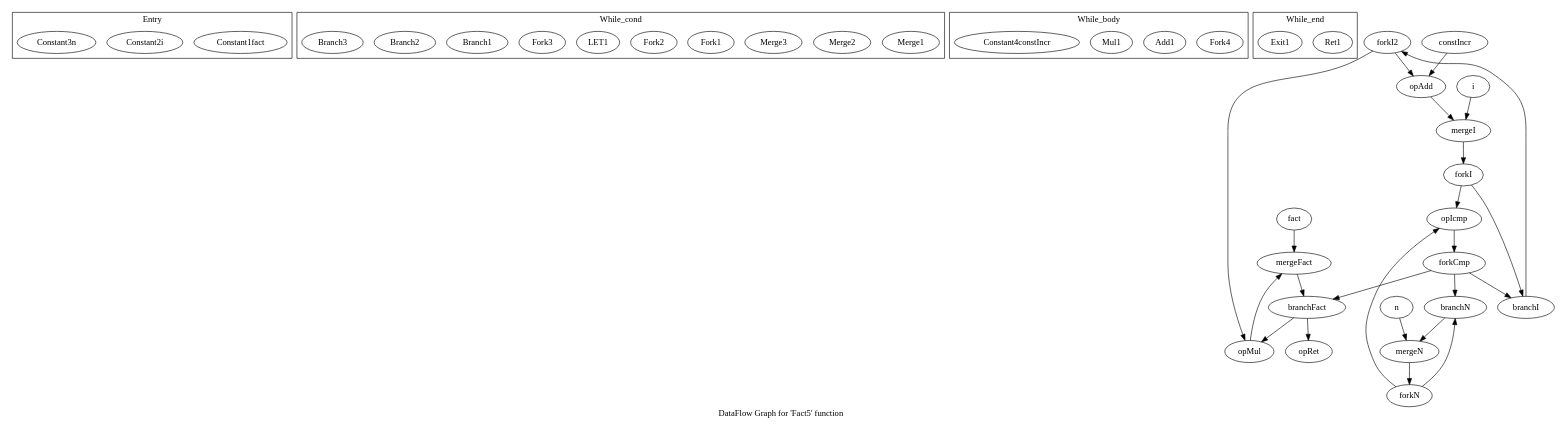
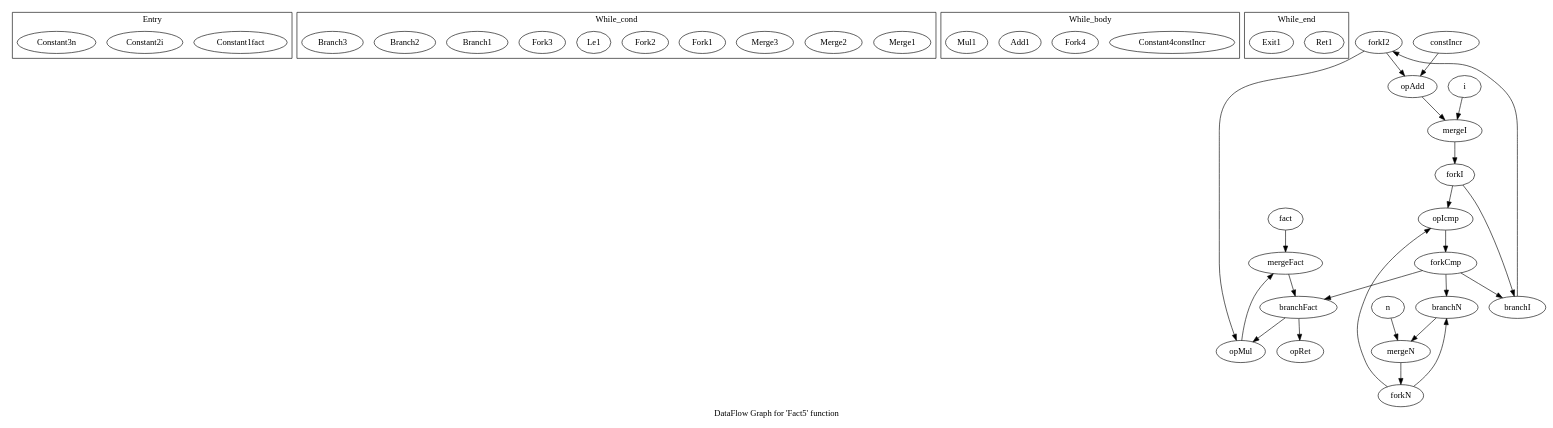
Before and after one commit to QuimMarset/TFG: the diagram in DOTGrafs/Fact5.dot, drawn with Graphviz. The commit also changed 11 other files, not shown here.

```diff
--- a/DOTGrafs/Fact5.dot
+++ b/DOTGrafs/Fact5.dot
@@ -1,60 +1,60 @@
 digraph "DataFlow Graph for 'Fact5' function" {
 	label="DataFlow Graph for 'Fact5' function";
 
 	subgraph cluster_Entry { 
-		Constant1fact[type = Constant, in = "inControl", out = "out", value = 1];
-		Constant2i[type = Constant, in = "inControl", out = "out", value = 2];
-		Constant3n[type = Constant, in = "inControl", out = "out", value = 5];
+		Constant1fact[type = Constant, in = "control", out = "out", value = 1];
+		Constant2i[type = Constant, in = "control", out = "out", value = 2];
+		Constant3n[type = Constant, in = "control", out = "out", value = 5];
 		label = "Entry"
 	}
 	subgraph cluster_While_cond { 
-		Merge1[type = Merge, channel_width = 2, in = "in1 in2", out = "out"];
-		Merge2[type = Merge, channel_width = 2, in = "in1 in2", out = "out"];
-		Merge3[type = Merge, channel_width = 2, in = "in1 in2", out = "out"];
-		Fork1[type = Fork, channel_width = 2, in = "in", out = "out1 out2"];
-		Fork2[type = Fork, channel_width = 2, in = "in", out = "out1 out2"];
-		LET1[type = Operator, in = "in1 in2", out = "out", op = leq, latency = 0, II = 0];
-		Fork3[type = Fork, channel_width = 3, in = "in", out = "out1 out2"];
-		Branch1[type = Branch, in = "in inCondition?:1", out = "outTrue+ outFalse-"];
-		Branch2[type = Branch, in = "in inCondition?:1", out = "outTrue+ outFalse-"];
-		Branch3[type = Branch, in = "in inCondition?:1", out = "outTrue+ outFalse-"];
+		Merge1[type = Merge, in = "in1 in2", out = "out"];
+		Merge2[type = Merge, in = "in1 in2", out = "out"];
+		Merge3[type = Merge, in = "in1 in2", out = "out"];
+		Fork1[type = Fork, in = "in", out = "out1 out2"];
+		Fork2[type = Fork, in = "in", out = "out1 out2"];
+		Le1[type = Operator, in = "in1 in2", out = "out", op = le, latency = 0, II = 0];
+		Fork3[type = Fork, in = "in", out = "out1 out2 out3"];
+		Branch1[type = Branch, channel_width = 32, in = "in condition?:1", out = "outTrue+ outFalse-"];
+		Branch2[type = Branch, channel_width = 32, in = "in condition?:1", out = "outTrue+ outFalse-"];
+		Branch3[type = Branch, channel_width = 32, in = "in condition?:1", out = "outTrue+ outFalse-"];
 		label = "While_cond"
 	}
 	subgraph cluster_While_body { 
-		Fork4[type = Fork, channel_width = 2, in = "in", out = "out1 out2"];
+		Constant4constIncr[type = Constant, in = "control", out = "out", value = 1];
+		Fork4[type = Fork, in = "in", out = "out1 out2"];
 		Add1[type = Operator, in = "in1 in2", out = "out", op = add, latency = 0, II = 0];
 		Mul1[type = Operator, in = "in1 in2", out = "out", op = mul, latency = 0, II = 0];
-		Constant4constIncr[type = Constant, in = "inControl", out = "out", value = 1];
 		label = "While_body"
 	}
 	subgraph cluster_While_end { 
-		Ret1[type = Exit, in = "dataIn"];
-		Exit1[type = Exit, in = "controlIn:0"];
+		Ret1[type = Exit, in = "in"];
+		Exit1[type = Exit, in = "control:0"];
 		label = "While_end"
 	}
 
 	fact -> mergeFact [from = out, to = in1];
 	i -> mergeI [from = out, to = in1];
 	n -> mergeN [from = out, to = in1];
 	mergeN -> forkN [from = out, to = in];
 	mergeI -> forkI [from = out, to = in];
 	forkN -> opIcmp [from = out1, to = in1];
 	forkN -> branchN [from = out2, to = in];
 	forkI -> opIcmp [from = ou1, to = in2];
 	forkI -> branchI [from = out2, to = in];
 	mergeFact -> branchFact [from = out, to = in];
 	opIcmp -> forkCmp [from = out, to = in];
 	forkCmp -> branchN [from = out1, to = inCondition];
 	forkCmp -> branchI [from = out2, to = inCondition];
 	forkCmp -> branchFact [from = out3, to = inCondition];
 	branchN -> mergeN [from = outTrue, to = in2];
 	branchI -> forkI2 [from = outTrue, to = in];
 	branchFact -> opMul [from = outTrue, to = in1];
 	branchFact -> opRet [from = outFalse, to = in];
 	constIncr -> opAdd [from = out, to = in1];
 	forkI2 -> opAdd [from = out1, to = in2];
 	forkI2 -> opMul [from = out2, to = in2];
 	opAdd -> mergeI [from = out, to = in2];
 	opMul -> mergeFact [from = out, to = in2];
 
 }
```
